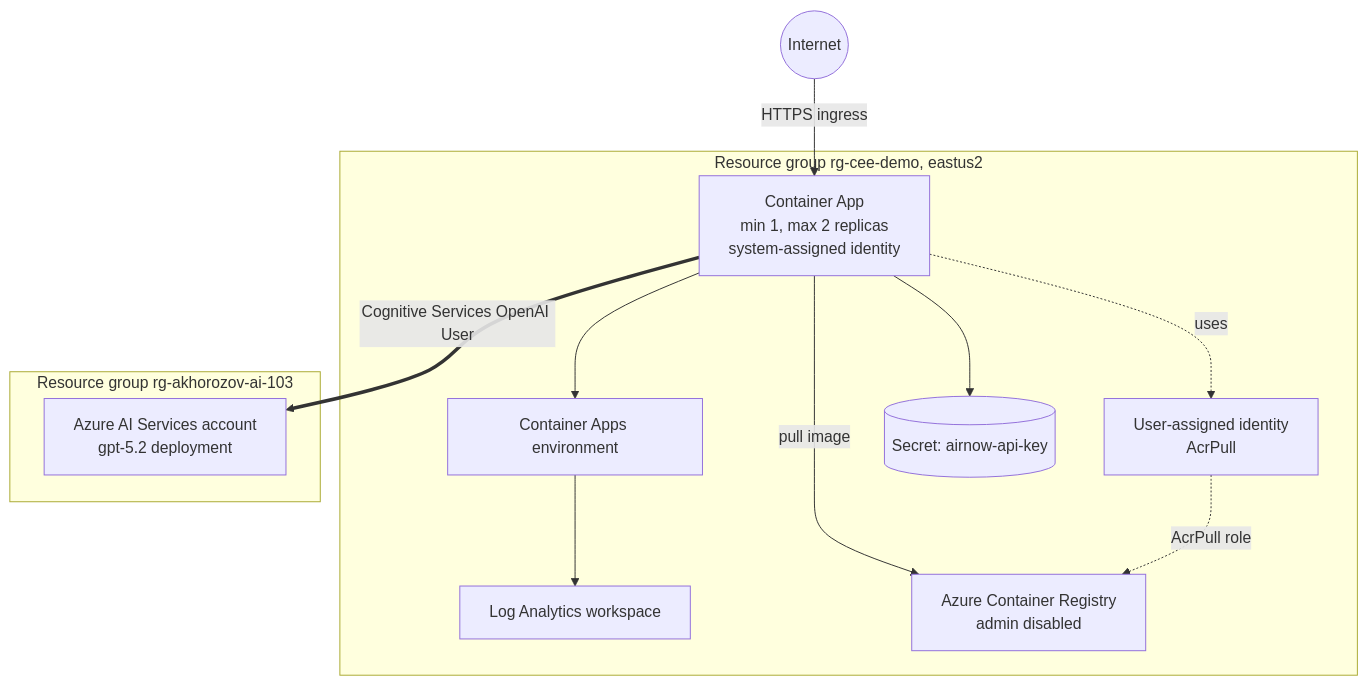
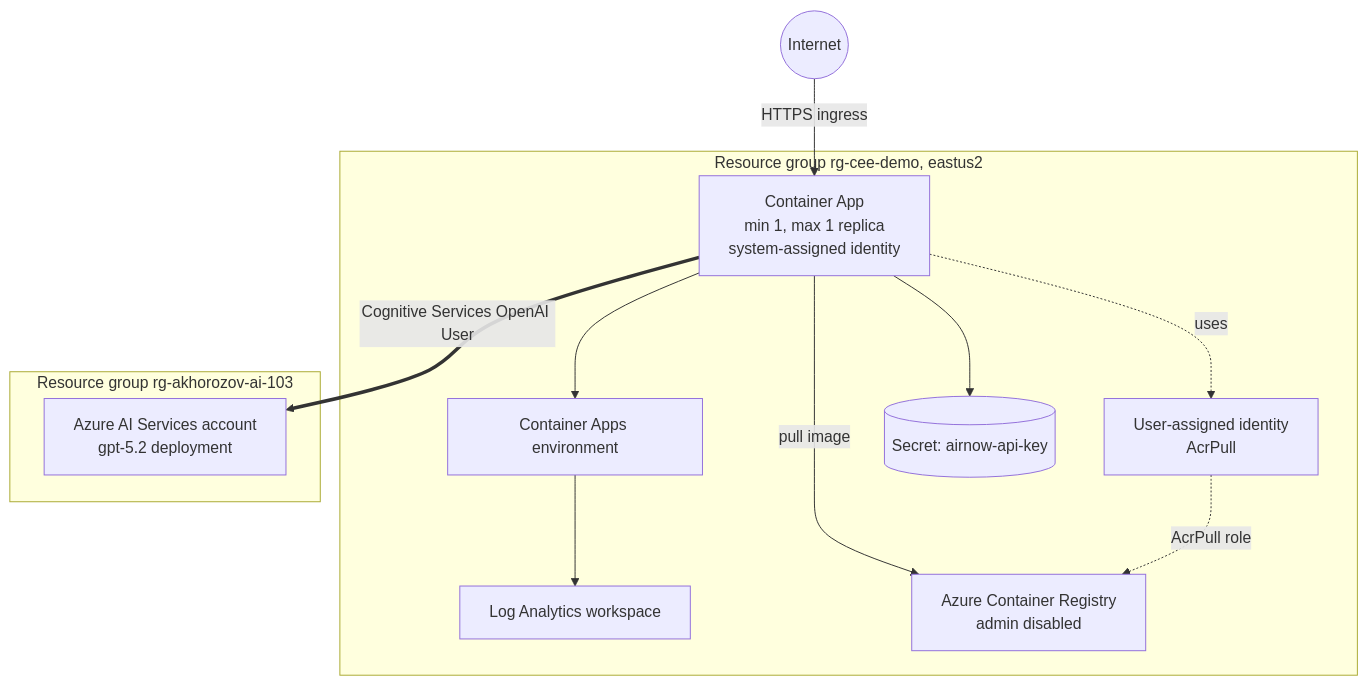
The ninth of 12 diagrams in docs/CEE_SDD_v1.0.0.md (silent-vector-26/city-environment-explorer), drawn with Mermaid before and after one commit. The commit also changed other lines of this file and 3 other files, not shown here.

Commit message:
Add cost controls: budget alerts, log cap, single max replica, configurable min replicas

````diff
--- a/docs/CEE_SDD_v1.0.0.md
+++ b/docs/CEE_SDD_v1.0.0.md
@@ -333,23 +333,23 @@
 ```mermaid
 flowchart TB
     subgraph rgapp[Resource group rg-cee-demo, eastus2]
         law[Log Analytics workspace]
         acr[Azure Container Registry<br/>admin disabled]
         env[Container Apps environment]
         pull[User-assigned identity<br/>AcrPull]
-        app[Container App<br/>min 1, max 2 replicas<br/>system-assigned identity]
+        app[Container App<br/>min 1, max 1 replica<br/>system-assigned identity]
         secret[(Secret: airnow-api-key)]
     end
     subgraph rgai[Resource group rg-akhorozov-ai-103]
         oai[Azure AI Services account<br/>gpt-5.2 deployment]
     end
 
     env --> law
     app --> env
     app -->|pull image| acr
     pull -.->|AcrPull role| acr
     app -.->|uses| pull
     app --> secret
     app ==>|Cognitive Services OpenAI User| oai
     internet((Internet)) -->|HTTPS ingress| app
 ```
````
